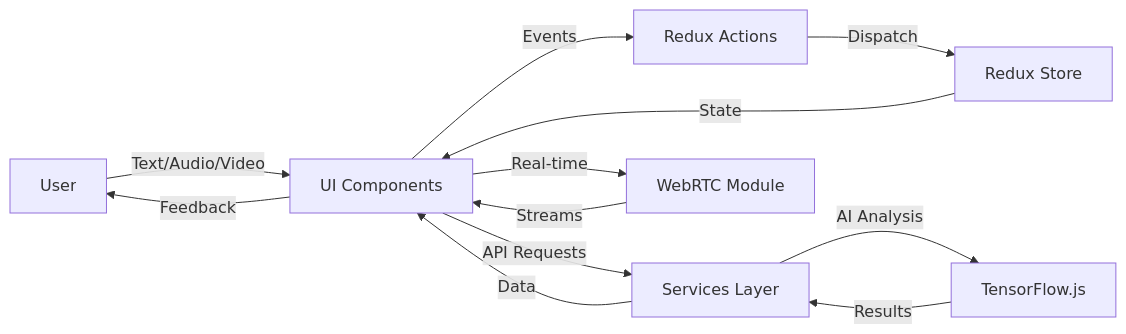
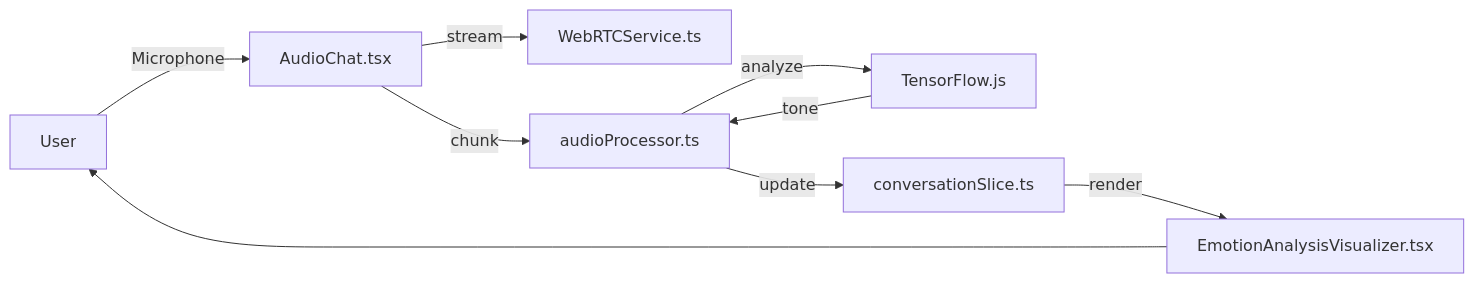
One commit to rbasina/ai-communication-companion changed the second of 4 diagrams in README.md. Above: the diagram before and after it, drawn with Mermaid. The commit also changed other lines of this file, not shown here.

````diff
--- a/README.md
+++ b/README.md
@@ -80,14 +83,11 @@
 ```mermaid
 graph LR
-    A[User] -->|Text/Audio/Video| B[UI Components]
-    B -->|Events| C[Redux Actions]
-    C -->|Dispatch| D[Redux Store]
-    D -->|State| B
-    B -->|API Requests| E[Services Layer]
-    E -->|AI Analysis| F[TensorFlow.js]
-    F -->|Results| E
-    E -->|Data| B
-    B -->|Real-time| G[WebRTC Module]
-    G -->|Streams| B
-    B -->|Feedback| A
+    A[User] -->|Microphone| B[AudioChat.tsx]
+    B -->|stream| C[WebRTCService.ts]
+    B -->|chunk| D[audioProcessor.ts]
+    D -->|analyze| E[TensorFlow.js]
+    E -->|tone| D
+    D -->|update| F[conversationSlice.ts]
+    F -->|render| G[EmotionAnalysisVisualizer.tsx]
+    G --> A
 ```
````
